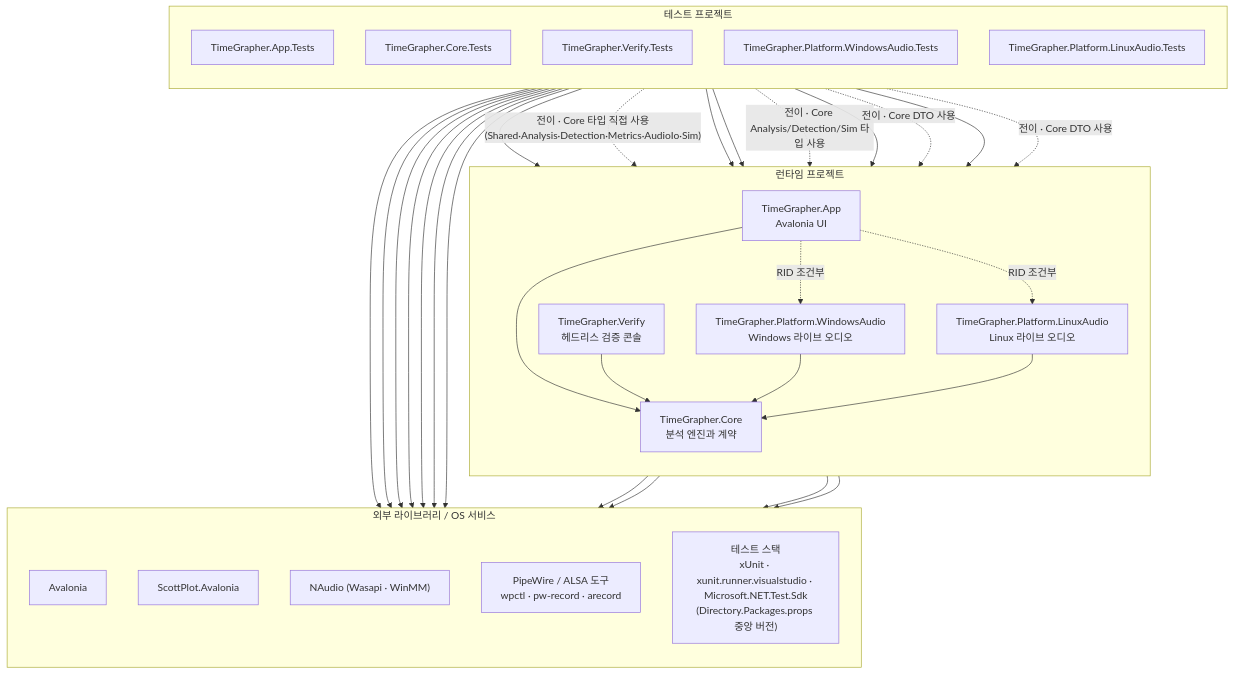
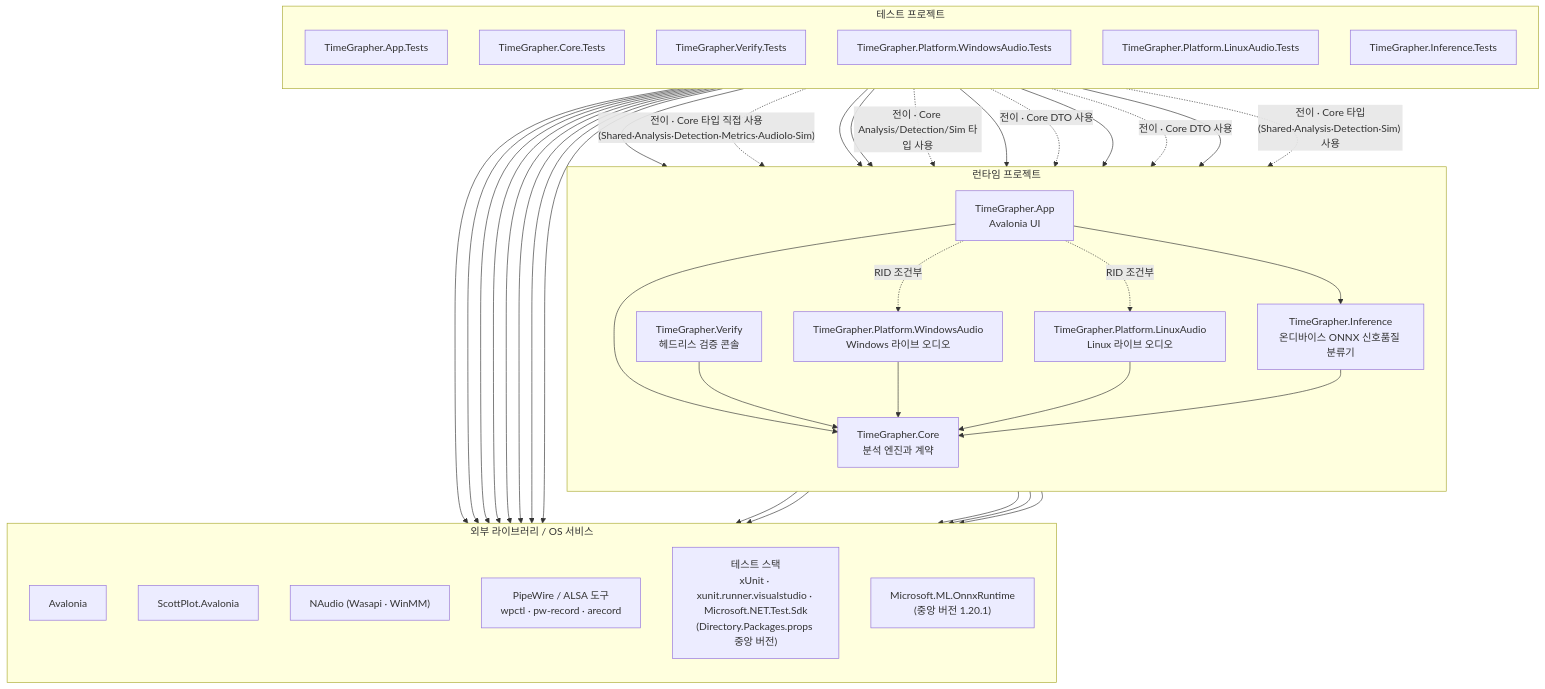
Before and after one commit to Jae-hong-5/TimeGrapher-Net: the first of 3 diagrams in docs/for-ai/MODULE_USES_VIEW.md, drawn with Mermaid. The commit also changed other lines of this file and 3 other files, not shown here.

````diff
--- a/docs/for-ai/MODULE_USES_VIEW.md
+++ b/docs/for-ai/MODULE_USES_VIEW.md
@@ -9,58 +9,67 @@
 ```mermaid
 flowchart TB
     subgraph Runtime["런타임 프로젝트"]
         direction TB
         App["TimeGrapher.App<br/>Avalonia UI"]
         Verify["TimeGrapher.Verify<br/>헤드리스 검증 콘솔"]
         WindowsAudio["TimeGrapher.Platform.WindowsAudio<br/>Windows 라이브 오디오"]
         LinuxAudio["TimeGrapher.Platform.LinuxAudio<br/>Linux 라이브 오디오"]
+        Inference["TimeGrapher.Inference<br/>온디바이스 ONNX 신호품질 분류기"]
         Core["TimeGrapher.Core<br/>분석 엔진과 계약"]
     end
 
     subgraph Tests["테스트 프로젝트"]
         direction TB
         AppTests["TimeGrapher.App.Tests"]
         CoreTests["TimeGrapher.Core.Tests"]
         VerifyTests["TimeGrapher.Verify.Tests"]
         WindowsAudioTests["TimeGrapher.Platform.WindowsAudio.Tests"]
         LinuxAudioTests["TimeGrapher.Platform.LinuxAudio.Tests"]
+        InferenceTests["TimeGrapher.Inference.Tests"]
     end
 
     subgraph External["외부 라이브러리 / OS 서비스"]
         direction TB
         Avalonia["Avalonia"]
         ScottPlot["ScottPlot.Avalonia"]
         NAudio["NAudio (Wasapi · WinMM)"]
         LinuxAudioStack["PipeWire / ALSA 도구<br/>wpctl · pw-record · arecord"]
         Xunit["테스트 스택<br/>xUnit · xunit.runner.visualstudio · Microsoft.NET.Test.Sdk<br/>(Directory.Packages.props 중앙 버전)"]
+        OnnxRuntime["Microsoft.ML.OnnxRuntime<br/>(중앙 버전 1.20.1)"]
     end
 
     App --> Core
+    App --> Inference
     App -. "RID 조건부" .-> WindowsAudio
     App -. "RID 조건부" .-> LinuxAudio
     Verify --> Core
     WindowsAudio --> Core
     LinuxAudio --> Core
+    Inference --> Core
 
     AppTests --> App
     AppTests -. "전이 · Core 타입 직접 사용(Shared·Analysis·Detection·Metrics·AudioIo·Sim)" .-> Core
     CoreTests --> Core
     VerifyTests --> Verify
     VerifyTests -. "전이 · Core Analysis/Detection/Sim 타입 사용" .-> Core
     WindowsAudioTests --> WindowsAudio
     WindowsAudioTests -. "전이 · Core DTO 사용" .-> Core
     LinuxAudioTests --> LinuxAudio
     LinuxAudioTests -. "전이 · Core DTO 사용" .-> Core
+    InferenceTests --> Inference
+    InferenceTests -. "전이 · Core 타입(Shared·Analysis·Detection·Sim) 사용" .-> Core
 
     App --> Avalonia
     App --> ScottPlot
     WindowsAudio --> NAudio
     LinuxAudio --> LinuxAudioStack
+    Inference --> OnnxRuntime
     AppTests --> Avalonia
     AppTests --> ScottPlot
     AppTests --> Xunit
     CoreTests --> Xunit
     VerifyTests --> Xunit
     WindowsAudioTests --> Xunit
     LinuxAudioTests --> Xunit
+    InferenceTests --> Xunit
 ```
````
